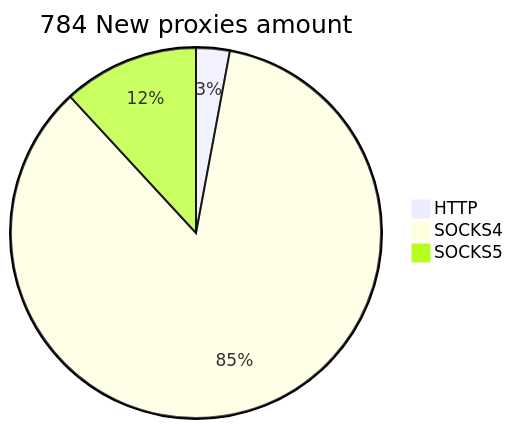
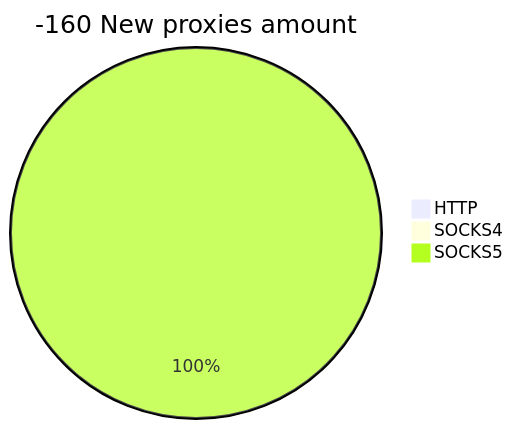
Before and after one commit to cutipu/proxylist: the second of 2 diagrams in README.md, drawn with Mermaid. The commit also changed other lines of this file, not shown here.

````diff
--- a/README.md
+++ b/README.md
@@ -10,6 +10,6 @@
 ```mermaid
-pie title 784 New proxies amount
-    "HTTP" : 23
-    "SOCKS4" : 668
-    "SOCKS5" : 93
+pie title -160 New proxies amount
+    "HTTP" : 0
+    "SOCKS4" : 0
+    "SOCKS5" : 23
 ```
````
